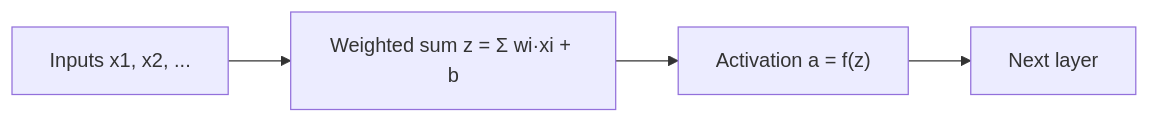
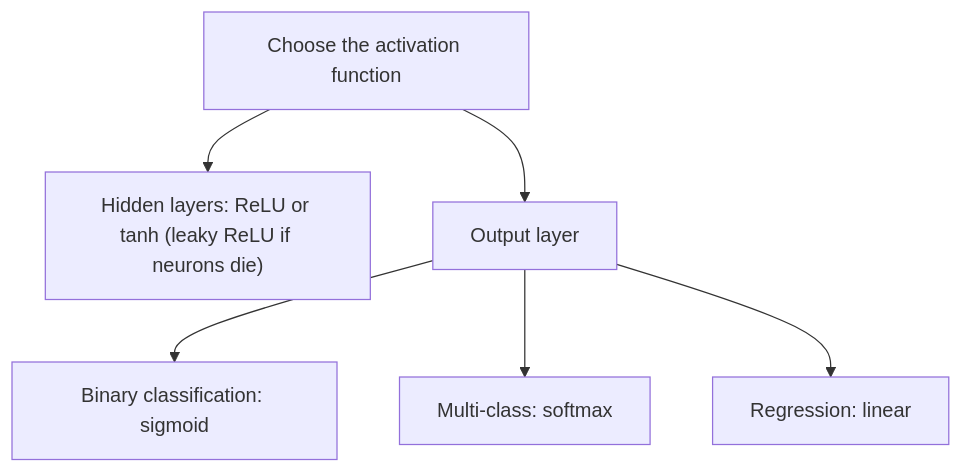
One commit to TrendySloth1001/sem-seven-notes changed the diagram in content/deep-learning/pyq/2024-12/q6a.mdx. Above: the diagram before and after it, drawn with Mermaid. The commit also changed other lines of this file and 168 other files, not shown here.

Commit message:
Rewrite the Module 1, activation, loss and GAN notes and their 25 answers from the teachers' class files. They keep the teacher's definitions, use 80 of their figures with class-notes citations only, and fix the slide errors in the XOR, NAND, loss and KL formulas.

````diff
--- a/content/deep-learning/pyq/2024-12/q6a.mdx
+++ b/content/deep-learning/pyq/2024-12/q6a.mdx
@@ -9,7 +28,9 @@
 ```mermaid
-%% caption: A neuron: a weighted sum followed by the activation function, which is the only non-linear step.
-flowchart LR
-  X["Inputs x1, x2, ..."] --> S["Weighted sum z = Σ wi·xi + b"]
-  S --> F["Activation a = f(z)"]
-  F --> N["Next layer"]
+%% caption: Where each activation function is normally used.
+flowchart TD
+  A["Choose the activation function"] --> B["Hidden layers: ReLU or tanh (leaky ReLU if neurons die)"]
+  A --> C["Output layer"]
+  C --> C1["Binary classification: sigmoid"]
+  C --> C2["Multi-class: softmax"]
+  C --> C3["Regression: linear"]
 ```
````
